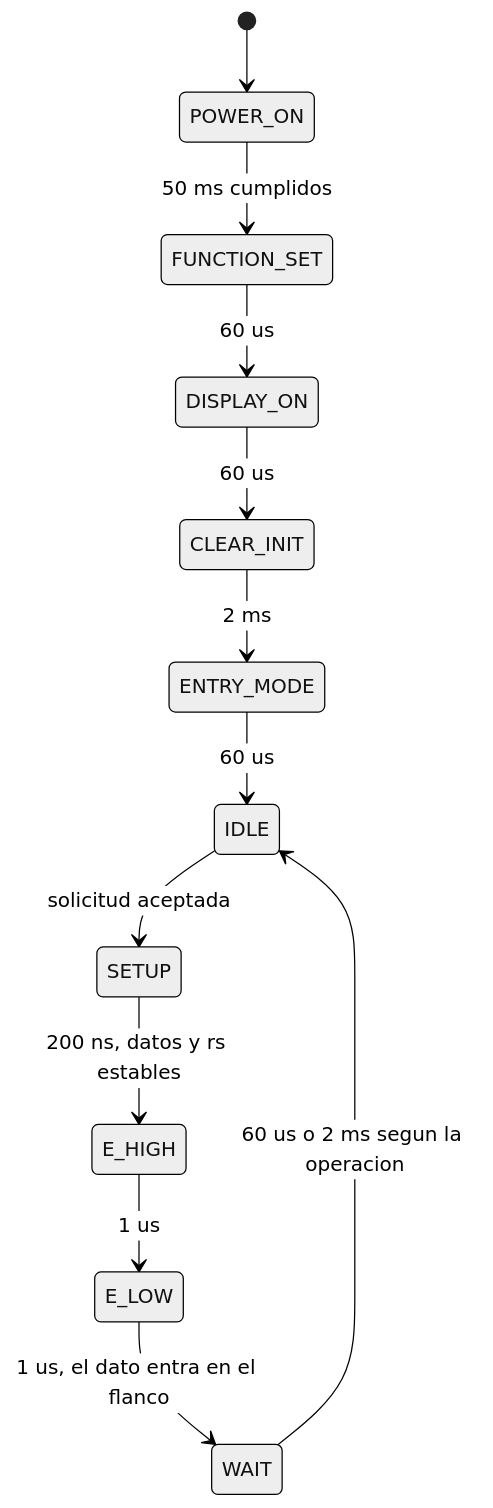
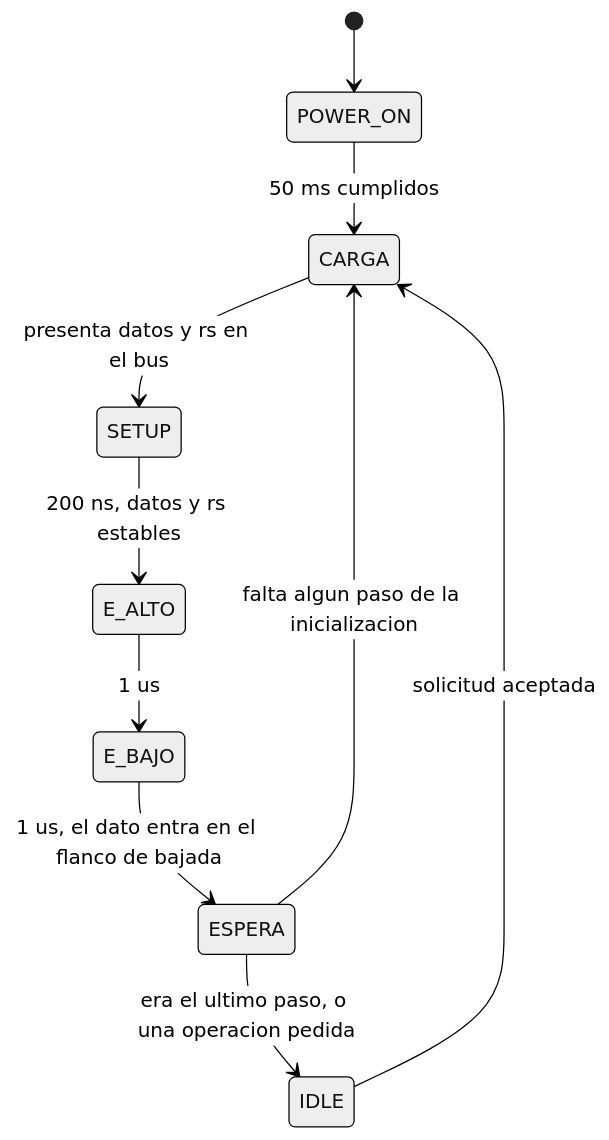
The eighth of 15 diagrams in Ahorcado_juego_electrónico_FPGA_y_PC_por_enlace_serial/FPGA/DOCUMENTATION/planteamiento.md (Jordis17/P2P), drawn with Mermaid (neutral theme) before and after one commit. The commit also changed other lines of this file, not shown here.

Commit message:
docs: la maquina del LCD tambien queda como esta implementada
Los cuatro comandos de arranque estaban dibujados como cuatro estados,
pero recorren el mismo ciclo de bus y solo se diferencian en el byte que
emiten y en la espera que sigue. Un contador de paso elige ambos y el
ciclo se escribe una sola vez, asi que los estados reales son siete y no
diez. Es el mismo criterio que en el estado unico de fin del control:
lo que solo cambia un dato pertenece al camino de datos.

````diff
--- a/Ahorcado_juego_electrónico_FPGA_y_PC_por_enlace_serial/FPGA/DOCUMENTATION/planteamiento.md
+++ b/Ahorcado_juego_electrónico_FPGA_y_PC_por_enlace_serial/FPGA/DOCUMENTATION/planteamiento.md
@@ -532,15 +532,14 @@
 ```mermaid
 stateDiagram-v2
     [*] --> POWER_ON
-    POWER_ON --> FUNCTION_SET: 50 ms cumplidos
-    FUNCTION_SET --> DISPLAY_ON: 60 us
-    DISPLAY_ON --> CLEAR_INIT: 60 us
-    CLEAR_INIT --> ENTRY_MODE: 2 ms
-    ENTRY_MODE --> IDLE: 60 us
+    POWER_ON --> CARGA: 50 ms cumplidos
 
-    IDLE --> SETUP: solicitud aceptada
-    SETUP --> E_HIGH: 200 ns, datos y rs estables
-    E_HIGH --> E_LOW: 1 us
-    E_LOW --> WAIT: 1 us, el dato entra en el flanco
-    WAIT --> IDLE: 60 us o 2 ms segun la operacion
+    CARGA --> SETUP: presenta datos y rs en el bus
+    SETUP --> E_ALTO: 200 ns, datos y rs estables
+    E_ALTO --> E_BAJO: 1 us
+    E_BAJO --> ESPERA: 1 us, el dato entra en el flanco de bajada
+    ESPERA --> CARGA: falta algun paso de la inicializacion
+    ESPERA --> IDLE: era el ultimo paso, o una operacion pedida
+
+    IDLE --> CARGA: solicitud aceptada
 ```
````
